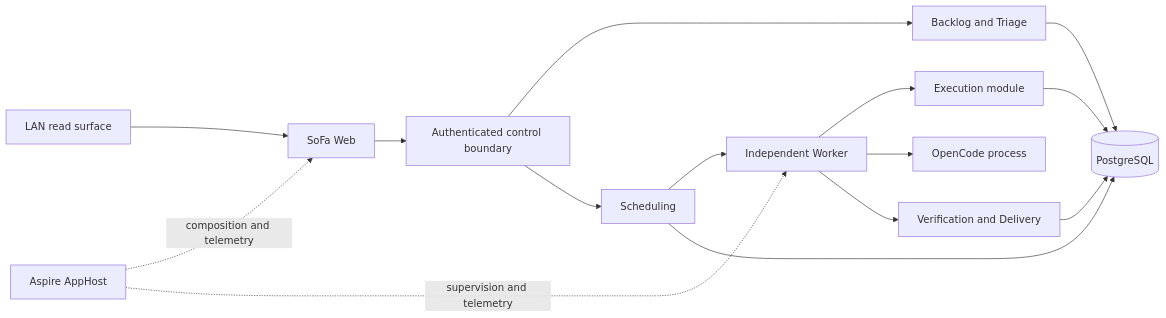
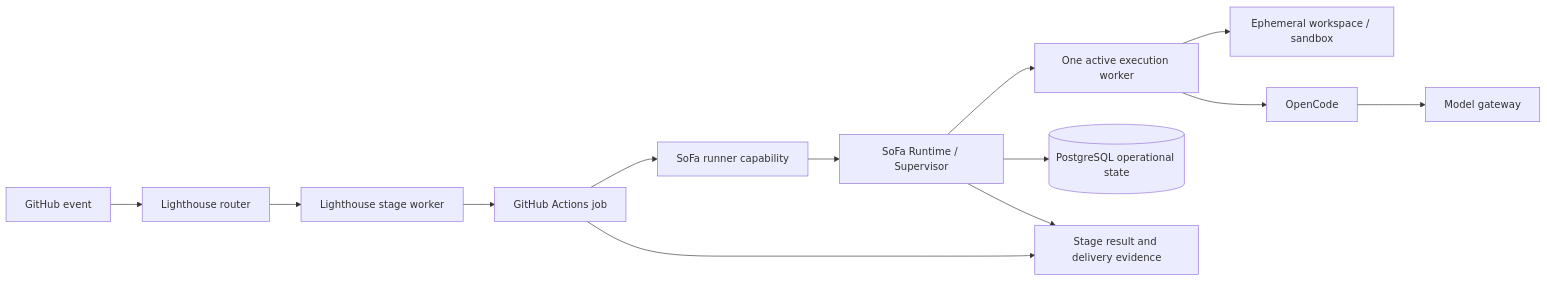
The diagram in docs/roadmap/runtime-architecture.md (juangcarmona/sofa), drawn with Mermaid before and after one commit. The commit also changed other lines of this file and 20 other files, not shown here.

Commit message:
docs(architecture): align runtime with Lighthouse and Bastion

````diff
--- a/docs/roadmap/runtime-architecture.md
+++ b/docs/roadmap/runtime-architecture.md
@@ -9,17 +17,15 @@
 ```mermaid
 flowchart LR
-    Browser[LAN read surface] --> Web[SoFa Web]
-    Web --> Control[Authenticated control boundary]
-    Control --> Triage[Backlog and Triage]
-    Control --> Scheduling[Scheduling]
-    Scheduling --> Worker[Independent Worker]
-    Worker --> Execution[Execution module]
-    Worker --> OpenCode[OpenCode process]
-    Execution --> Postgres[(PostgreSQL)]
-    Triage --> Postgres
-    Scheduling --> Postgres
-    Delivery[Verification and Delivery] --> Postgres
-    Worker --> Delivery
-    AppHost[Aspire AppHost] -. composition and telemetry .-> Web
-    AppHost -. supervision and telemetry .-> Worker
+    Event[GitHub event] --> Router[Lighthouse router]
+    Router --> Stage[Lighthouse stage worker]
+    Stage --> Job[GitHub Actions job]
+    Job --> Runner[SoFa runner capability]
+    Runner --> Supervisor[SoFa Runtime / Supervisor]
+    Supervisor --> Worker[One active execution worker]
+    Worker --> Workspace[Ephemeral workspace / sandbox]
+    Worker --> OpenCode[OpenCode]
+    OpenCode --> Gateway[Model gateway]
+    Supervisor --> Postgres[(PostgreSQL operational state)]
+    Job --> Evidence[Stage result and delivery evidence]
+    Supervisor --> Evidence
 ```
````
